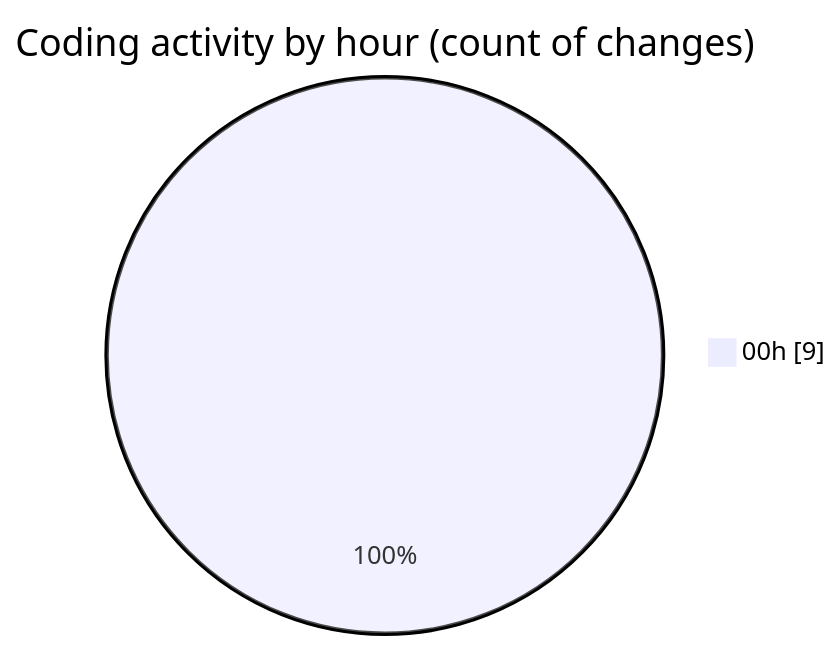
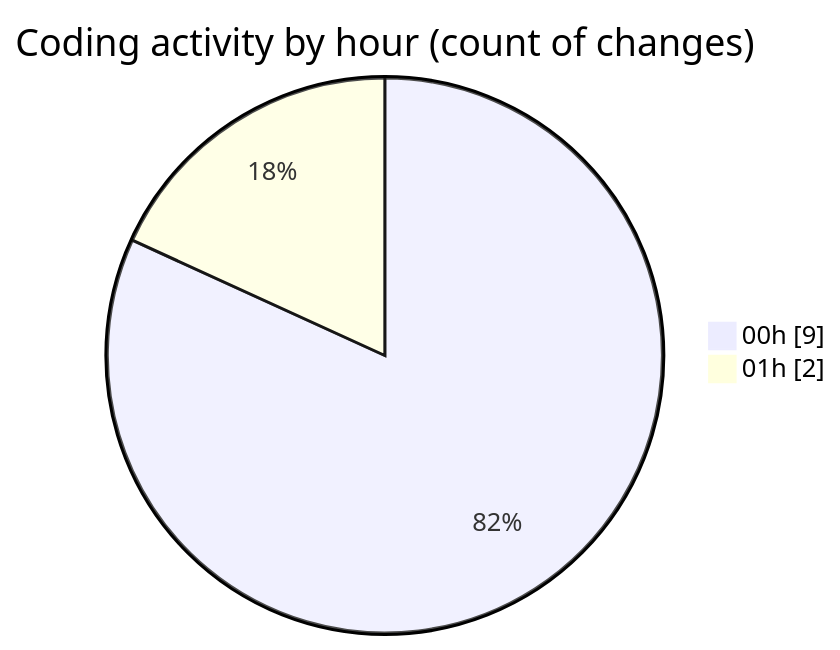
One commit to jrari/code-tracking changed the second of 2 diagrams in 2025-07-14/telebot/README.md. Above: the diagram before and after it, drawn with Mermaid. The commit also changed other lines of this file and 1 other file, not shown here.

````diff
--- a/2025-07-14/telebot/README.md
+++ b/2025-07-14/telebot/README.md
@@ -32,5 +33,6 @@
 ```mermaid
 pie showData
 title Coding activity by hour (count of changes)
 "00h" : 9
+"01h" : 2
 ```
````
